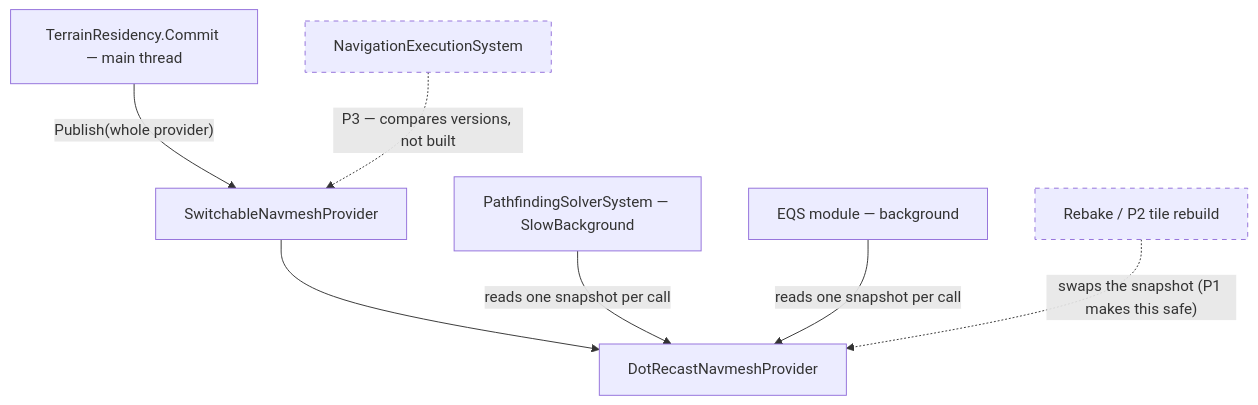
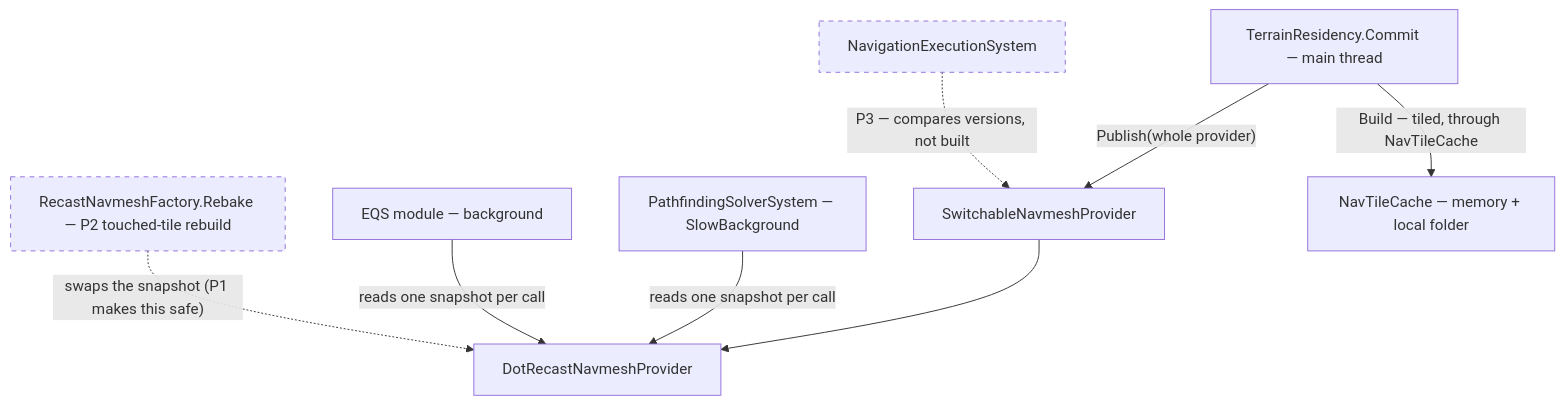
The seventh of 7 diagrams in docs/designs/navig-2/Navigation_Design_v2_0.md (pjanec/HROT), drawn with Mermaid before and after one commit. The commit also changed other lines of this file and 10 other files, not shown here.

````diff
--- a/docs/designs/navig-2/Navigation_Design_v2_0.md
+++ b/docs/designs/navig-2/Navigation_Design_v2_0.md
@@ -1278,11 +1286,12 @@
 ```mermaid
 graph TD
     TR["TerrainResidency.Commit — main thread"] -->|"Publish(whole provider)"| SW["SwitchableNavmeshProvider"]
     SW --> DR["DotRecastNavmeshProvider"]
     SOL["PathfindingSolverSystem — SlowBackground"] -->|"reads one snapshot per call"| DR
     EQS["EQS module — background"] -->|"reads one snapshot per call"| DR
-    RB["Rebake / P2 tile rebuild"] -.->|"swaps the snapshot (P1 makes this safe)"| DR
+    RB["RecastNavmeshFactory.Rebake — P2 touched-tile rebuild"] -.->|"swaps the snapshot (P1 makes this safe)"| DR
+    TR -->|"Build — tiled, through NavTileCache"| CACHE["NavTileCache — memory + local folder"]
     NX["NavigationExecutionSystem"] -.->|"P3 — compares versions, not built"| SW
     style RB stroke-dasharray: 5 5
     style NX stroke-dasharray: 5 5
 ```
````
